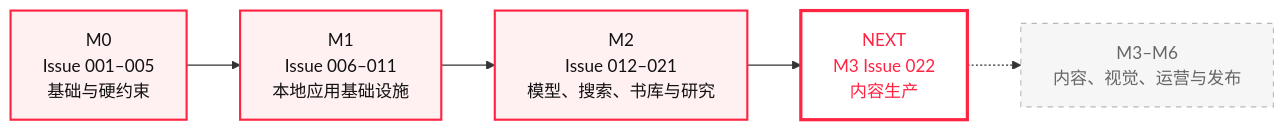
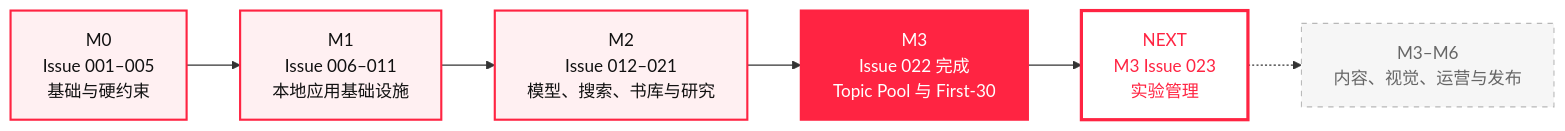
The first of 2 diagrams in README.md (KAtOReNA7/Rednote-Automated-Operation-Tool), drawn with Mermaid before and after one commit. The commit also changed other lines of this file and 86 other files, not shown here.

Commit message:
feat(strategy): add topic pool and first-30 quota planning

````diff
--- a/README.md
+++ b/README.md
@@ -57,16 +58,18 @@
 ```mermaid
 flowchart LR
     M0["M0<br/>Issue 001–005<br/>基础与硬约束"] --> M1["M1<br/>Issue 006–011<br/>本地应用基础设施"]
     M1 --> M2["M2<br/>Issue 012–021<br/>模型、搜索、书库与研究"]
-    M2 --> NEXT["NEXT<br/>M3 Issue 022<br/>内容生产"]
+    M2 --> M3["M3<br/>Issue 022 完成<br/>Topic Pool 与 First-30"]
+    M3 --> NEXT["NEXT<br/>M3 Issue 023<br/>实验管理"]
     NEXT -.-> FUTURE["M3–M6<br/>内容、视觉、运营与发布"]
 
     classDef done fill:#fff0f2,stroke:#ff2442,color:#111,stroke-width:2px;
     classDef active fill:#ff2442,stroke:#ff2442,color:#fff,stroke-width:2px;
     classDef next fill:#fff,stroke:#ff2442,color:#ff2442,stroke-width:3px;
     classDef future fill:#f6f6f6,stroke:#b8b8b8,color:#666,stroke-dasharray:5 5;
 
     class M0,M1,M2 done;
+    class M3 active;
     class NEXT next;
     class FUTURE future;
 ```
````
